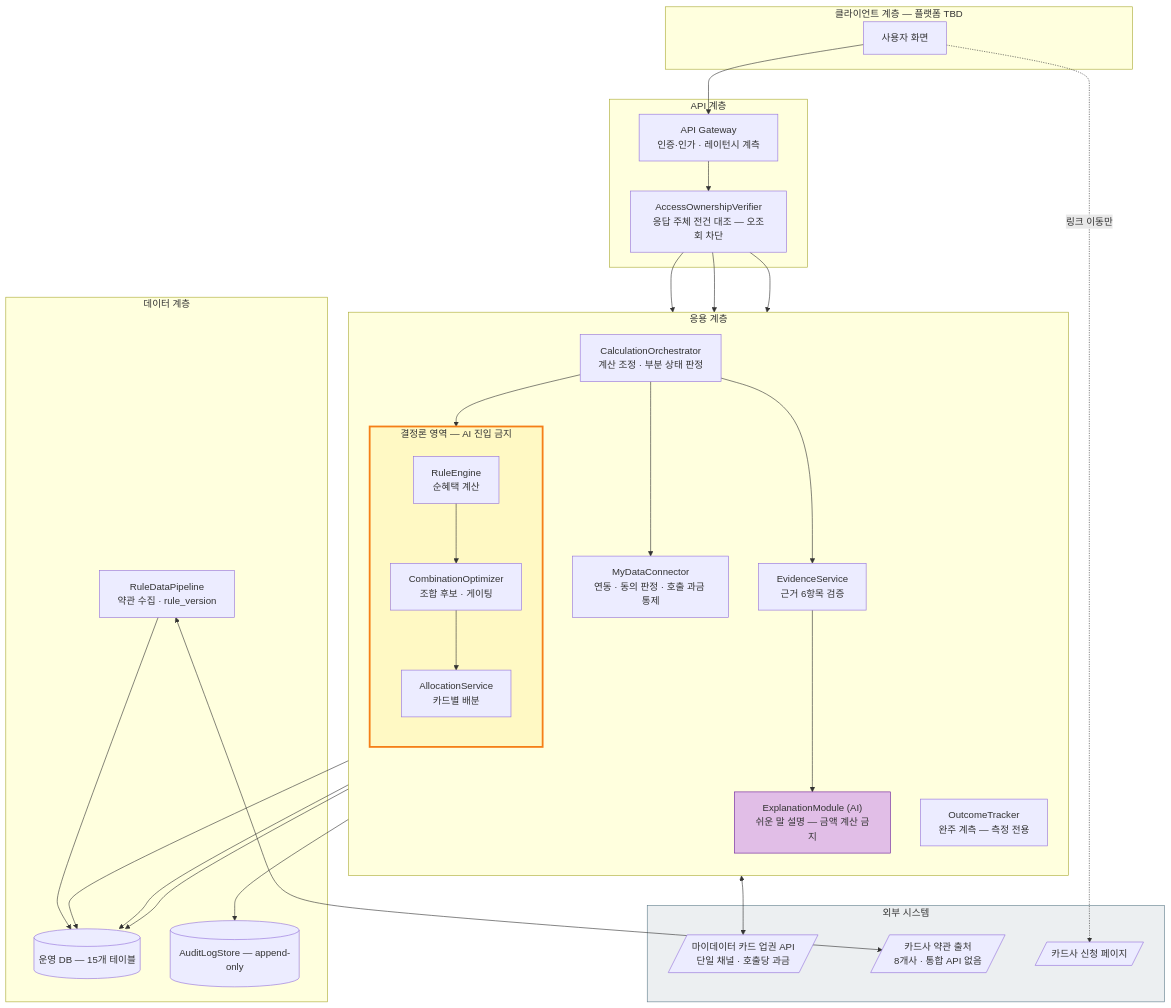
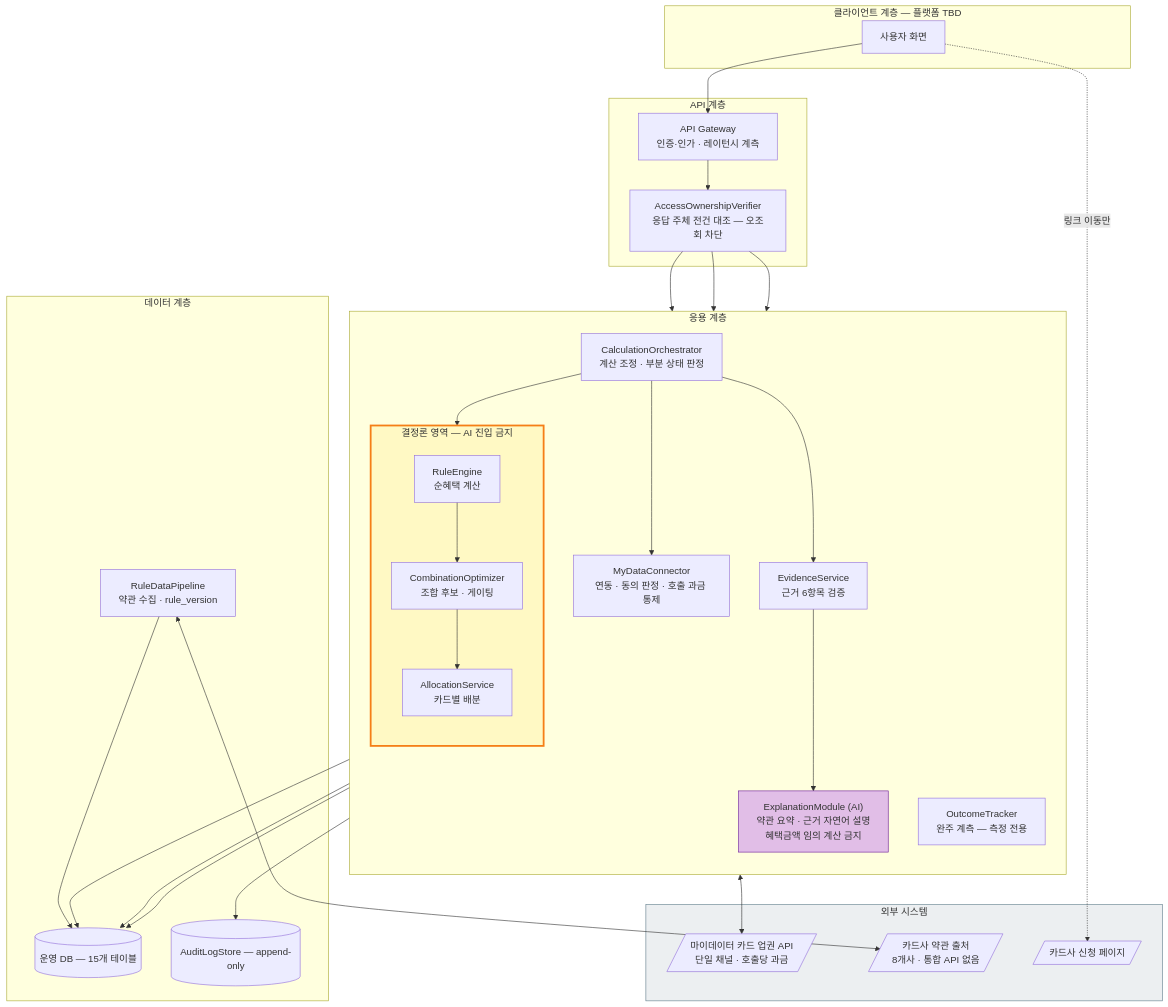
Before and after one commit to maybeaj/cardfit-prd-to-srs: the first of 17 diagrams in cardfit-srs-v1_0.md, drawn with Mermaid. The commit also changed other lines of this file and 5 other files, not shown here.

````diff
--- a/cardfit-srs-v1_0.md
+++ b/cardfit-srs-v1_0.md
@@ -267,54 +270,54 @@
 ```mermaid
 flowchart TB
     subgraph CL["클라이언트 계층 — 플랫폼 TBD"]
         UI["사용자 화면"]
     end
     subgraph AP["API 계층"]
         GW["API Gateway<br/>인증·인가 · 레이턴시 계측"]
         OWN["AccessOwnershipVerifier<br/>응답 주체 전건 대조 — 오조회 차단"]
     end
     subgraph APP["응용 계층"]
         direction TB
         CONN["MyDataConnector<br/>연동 · 동의 판정 · 호출 과금 통제"]
         ORCH["CalculationOrchestrator<br/>계산 조정 · 부분 상태 판정"]
         subgraph DET["결정론 영역 — AI 진입 금지"]
             direction TB
             RULE["RuleEngine<br/>순혜택 계산"]
             OPT["CombinationOptimizer<br/>조합 후보 · 게이팅"]
             ALLOC["AllocationService<br/>카드별 배분"]
         end
         EVID["EvidenceService<br/>근거 6항목 검증"]
-        EXPL["ExplanationModule (AI)<br/>쉬운 말 설명 — 금액 계산 금지"]
+        EXPL["ExplanationModule (AI)<br/>약관 요약 · 근거 자연어 설명<br/>혜택금액 임의 계산 금지"]
         TRACK["OutcomeTracker<br/>완주 계측 — 측정 전용"]
     end
     subgraph DATA["데이터 계층"]
         PIPE["RuleDataPipeline<br/>약관 수집 · rule_version"]
         DB[("운영 DB — 15개 테이블")]
         AUD[("AuditLogStore — append-only")]
     end
     subgraph EXT["외부 시스템"]
         MD[/"마이데이터 카드 업권 API<br/>단일 채널 · 호출당 과금"/]
         TM[/"카드사 약관 출처<br/>8개사 · 통합 API 없음"/]
         IS[/"카드사 신청 페이지"/]
     end
 
     UI --> GW --> OWN
     OWN --> ORCH
     OWN --> EVID
     OWN --> TRACK
     ORCH --> CONN
     ORCH --> RULE --> OPT --> ALLOC
     ORCH --> EVID --> EXPL
     CONN <--> MD
     PIPE <--> TM
     PIPE --> DB
     RULE --> DB
     OPT --> DB
     TRACK --> DB
     ORCH --> AUD
     UI -.->|"링크 이동만"| IS
 
     style DET fill:#FFF9C4,stroke:#F57F17,stroke-width:3px
     style EXPL fill:#E1BEE7,stroke:#6A1B9A
     style EXT fill:#ECEFF1,stroke:#607D8B
 ```
````
